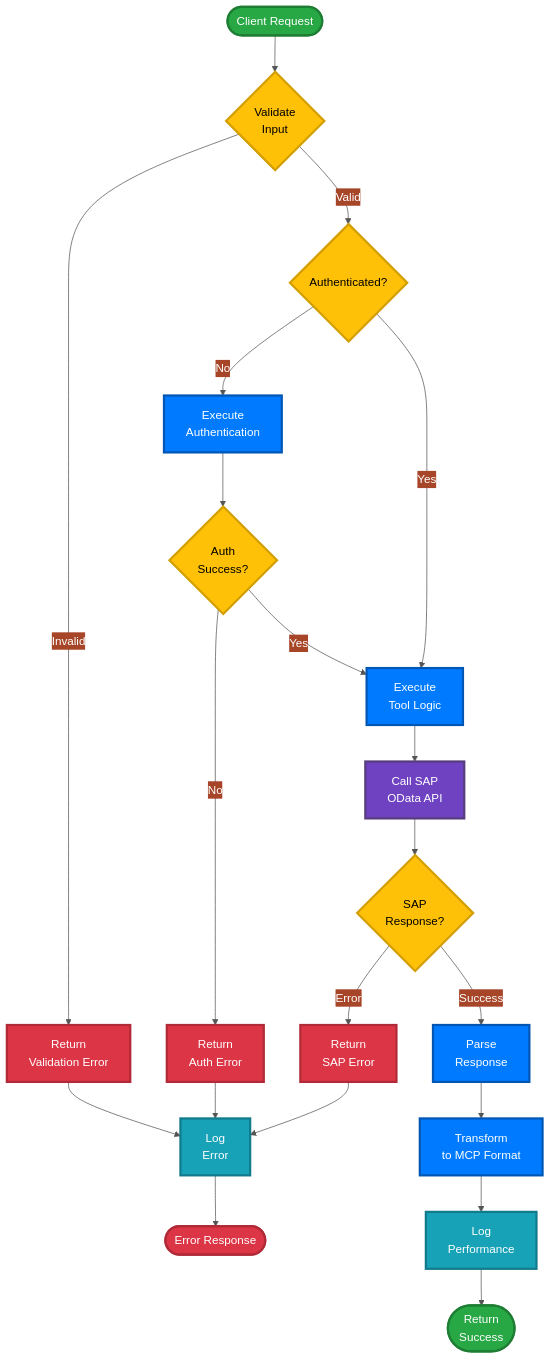
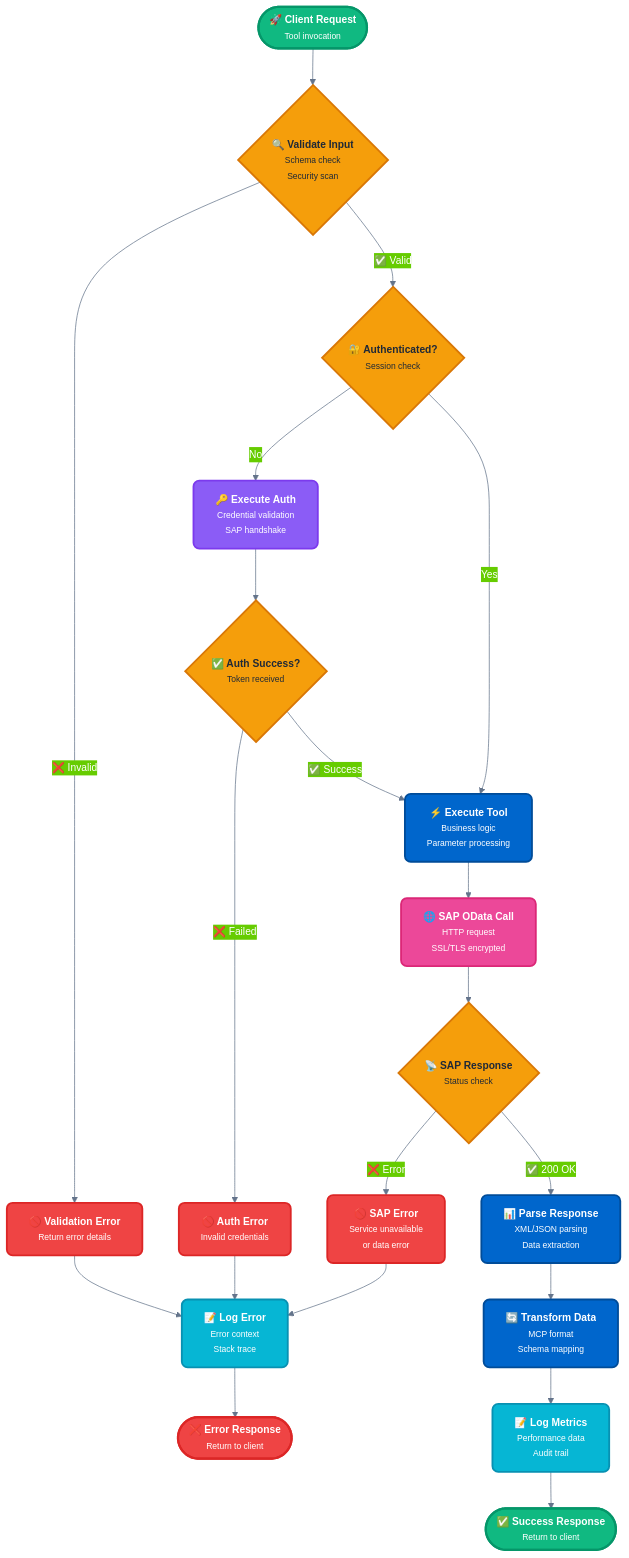
Before and after one commit to midasol/sap-mcp-server: the fourth of 5 diagrams in README.md, drawn with Mermaid. The commit also changed other lines of this file, not shown here.

````diff
--- a/README.md
+++ b/README.md
@@ -220,37 +257,45 @@
 ```mermaid
-%%{init: {'theme':'base', 'themeVariables': { 'primaryColor':'#28A745','primaryTextColor':'#FFFFFF','primaryBorderColor':'#1E7E34','lineColor':'#555555'}}}%%
+%%{init: {'theme':'base', 'themeVariables': { 'primaryColor':'#0066CC','primaryTextColor':'#FFFFFF','primaryBorderColor':'#004C99','lineColor':'#64748B','fontSize':'14px','fontFamily':'system-ui, -apple-system, sans-serif'}}}%%
 flowchart TD
-    Start([Client Request]):::startNode --> Validate{Validate<br/>Input}:::decisionNode
+    Start([<b>🚀 Client Request</b><br/><small>Tool invocation</small>]):::startNode
 
-    Validate -->|Invalid| Error1[Return<br/>Validation Error]:::errorNode
-    Validate -->|Valid| Auth{Authenticated?}:::decisionNode
+    Start --> Validate{<b>🔍 Validate Input</b><br/><small>Schema check</small><br/><small>Security scan</small>}:::decisionNode
 
-    Auth -->|No| DoAuth[Execute<br/>Authentication]:::processNode
-    DoAuth --> AuthCheck{Auth<br/>Success?}:::decisionNode
-    AuthCheck -->|No| Error2[Return<br/>Auth Error]:::errorNode
-    AuthCheck -->|Yes| Execute
+    Validate -->|"❌ Invalid"| Error1[<b>🚫 Validation Error</b><br/><small>Return error details</small>]:::errorNode
+    Validate -->|"✅ Valid"| Auth{<b>🔐 Authenticated?</b><br/><small>Session check</small>}:::decisionNode
 
-    Auth -->|Yes| Execute[Execute<br/>Tool Logic]:::processNode
+    Auth -->|"No"| DoAuth[<b>🔑 Execute Auth</b><br/><small>Credential validation</small><br/><small>SAP handshake</small>]:::authNode
+    DoAuth --> AuthCheck{<b>✅ Auth Success?</b><br/><small>Token received</small>}:::decisionNode
 
-    Execute --> SAPCall[Call SAP<br/>OData API]:::sapNode
-    SAPCall --> SAPCheck{SAP<br/>Response?}:::decisionNode
+    AuthCheck -->|"❌ Failed"| Error2[<b>🚫 Auth Error</b><br/><small>Invalid credentials</small>]:::errorNode
+    AuthCheck -->|"✅ Success"| Execute
 
-    SAPCheck -->|Error| Error3[Return<br/>SAP Error]:::errorNode
-    SAPCheck -->|Success| Parse[Parse<br/>Response]:::processNode
+    Auth -->|"Yes"| Execute[<b>⚡ Execute Tool</b><br/><small>Business logic</small><br/><small>Parameter processing</small>]:::processNode
 
-    Parse --> Transform[Transform<br/>to MCP Format]:::processNode
-    Transform --> Log[Log<br/>Performance]:::logNode
-    Log --> Success([Return<br/>Success]):::successNode
+    Execute --> SAPCall[<b>🌐 SAP OData Call</b><br/><small>HTTP request</small><br/><small>SSL/TLS encrypted</small>]:::sapNode
 
-    Error1 & Error2 & Error3 --> LogError[Log<br/>Error]:::logNode
-    LogError --> End([Error Response]):::endNode
+    SAPCall --> SAPCheck{<b>📡 SAP Response</b><br/><small>Status check</small>}:::decisionNode
 
-    classDef startNode fill:#28A745,stroke:#1E7E34,stroke-width:3px,color:#FFFFFF
-    classDef decisionNode fill:#FFC107,stroke:#D39E00,stroke-width:3px,color:#000000
-    classDef processNode fill:#007BFF,stroke:#0056B3,stroke-width:3px,color:#FFFFFF
-    classDef sapNode fill:#6F42C1,stroke:#563D7C,stroke-width:3px,color:#FFFFFF
-    classDef errorNode fill:#DC3545,stroke:#B02A37,stroke-width:3px,color:#FFFFFF
-    classDef logNode fill:#17A2B8,stroke:#117A8B,stroke-width:3px,color:#FFFFFF
-    classDef successNode fill:#28A745,stroke:#1E7E34,stroke-width:3px,color:#FFFFFF
-    classDef endNode fill:#DC3545,stroke:#B02A37,stroke-width:3px,color:#FFFFFF
+    SAPCheck -->|"❌ Error"| Error3[<b>🚫 SAP Error</b><br/><small>Service unavailable</small><br/><small>or data error</small>]:::errorNode
+    SAPCheck -->|"✅ 200 OK"| Parse[<b>📊 Parse Response</b><br/><small>XML/JSON parsing</small><br/><small>Data extraction</small>]:::processNode
+
+    Parse --> Transform[<b>🔄 Transform Data</b><br/><small>MCP format</small><br/><small>Schema mapping</small>]:::processNode
+
+    Transform --> Log[<b>📝 Log Metrics</b><br/><small>Performance data</small><br/><small>Audit trail</small>]:::logNode
+
+    Log --> Success([<b>✅ Success Response</b><br/><small>Return to client</small>]):::successNode
+
+    Error1 & Error2 & Error3 --> LogError[<b>📝 Log Error</b><br/><small>Error context</small><br/><small>Stack trace</small>]:::logNode
+
+    LogError --> End([<b>❌ Error Response</b><br/><small>Return to client</small>]):::endNode
+
+    classDef startNode fill:#10B981,stroke:#059669,stroke-width:3px,color:#FFFFFF,rx:10,ry:10
+    classDef decisionNode fill:#F59E0B,stroke:#D97706,stroke-width:2.5px,color:#1F2937,rx:8,ry:8
+    classDef authNode fill:#8B5CF6,stroke:#7C3AED,stroke-width:2.5px,color:#FFFFFF,rx:8,ry:8
+    classDef processNode fill:#0066CC,stroke:#004C99,stroke-width:2.5px,color:#FFFFFF,rx:8,ry:8
+    classDef sapNode fill:#EC4899,stroke:#DB2777,stroke-width:2.5px,color:#FFFFFF,rx:8,ry:8
+    classDef errorNode fill:#EF4444,stroke:#DC2626,stroke-width:2.5px,color:#FFFFFF,rx:8,ry:8
+    classDef logNode fill:#06B6D4,stroke:#0891B2,stroke-width:2.5px,color:#FFFFFF,rx:8,ry:8
+    classDef successNode fill:#10B981,stroke:#059669,stroke-width:3px,color:#FFFFFF,rx:10,ry:10
+    classDef endNode fill:#EF4444,stroke:#DC2626,stroke-width:3px,color:#FFFFFF,rx:10,ry:10
 ```
````
